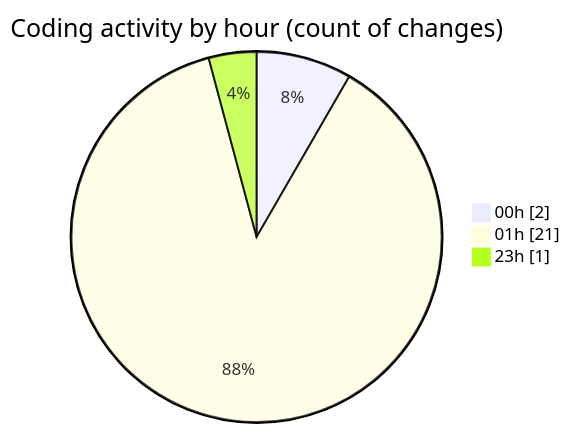
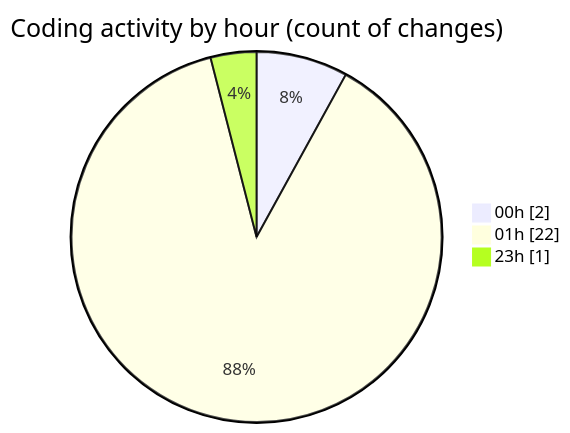
Before and after one commit to lephambinh05/code-tracking: the second of 2 diagrams in 2025-07-19/nhahang/README.md, drawn with Mermaid. The commit also changed other lines of this file and 1 other file, not shown here.

````diff
--- a/2025-07-19/nhahang/README.md
+++ b/2025-07-19/nhahang/README.md
@@ -41,7 +41,7 @@
 ```mermaid
 pie showData
 title Coding activity by hour (count of changes)
 "00h" : 2
-"01h" : 21
+"01h" : 22
 "23h" : 1
 ```
````
